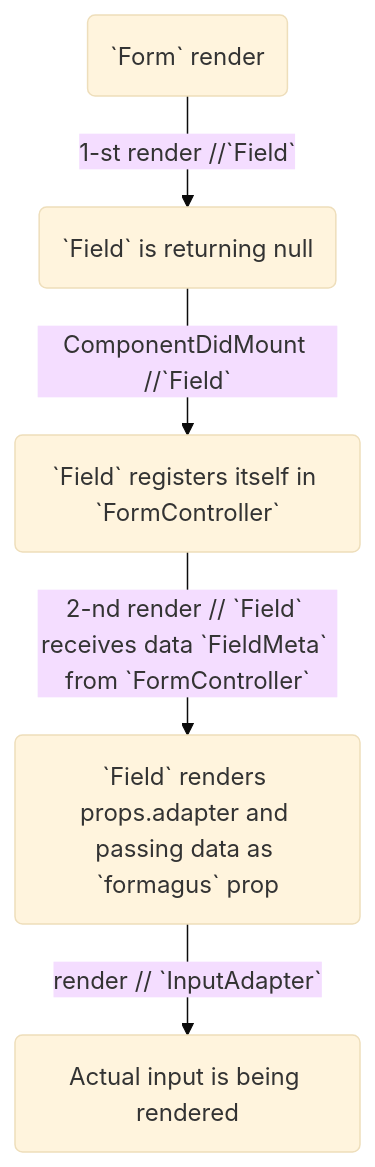
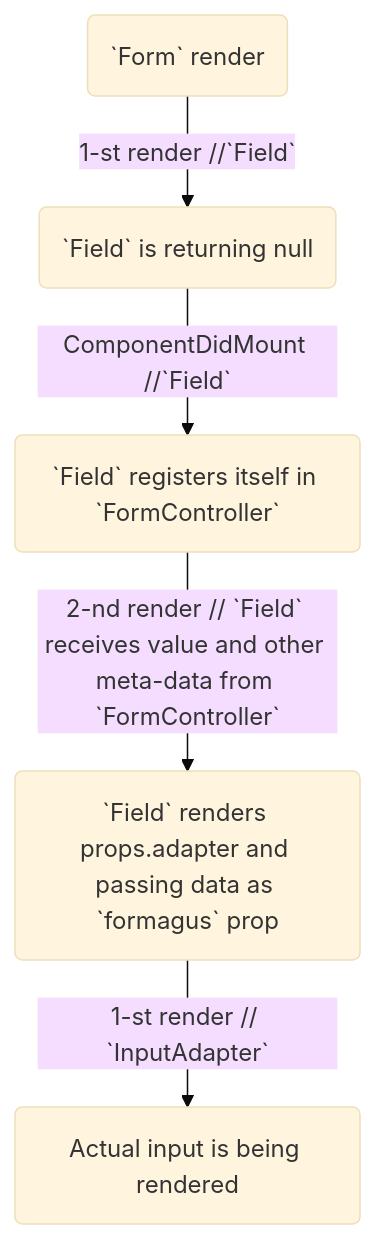
The diagram in packages/site/src/markdown/pages/intro.md (iaroslavshvets/formagus), drawn with Mermaid (base theme) before and after one commit.

Commit message:
misc doc fix

````diff
--- a/packages/site/src/markdown/pages/intro.md
+++ b/packages/site/src/markdown/pages/intro.md
@@ -181,8 +181,8 @@
 ```mermaid
 graph TD
 A(`Form` render)
 A -->|1-st render //`Field` | B(`Field` is returning null)
 B -->|ComponentDidMount //`Field`| C(`Field` registers itself in `FormController`)
-C --> |2-nd render // `Field` receives data `FieldMeta` from `FormController`| D(`Field` renders props.adapter and passing data as `formagus` prop)
-D --> |render // `InputAdapter` | E(Actual input is being rendered)
+C --> |2-nd render // `Field` receives value and other meta-data from `FormController`| D(`Field` renders props.adapter and passing data as `formagus` prop)
+D --> |1-st render // `InputAdapter` | E(Actual input is being rendered)
 ```
````
